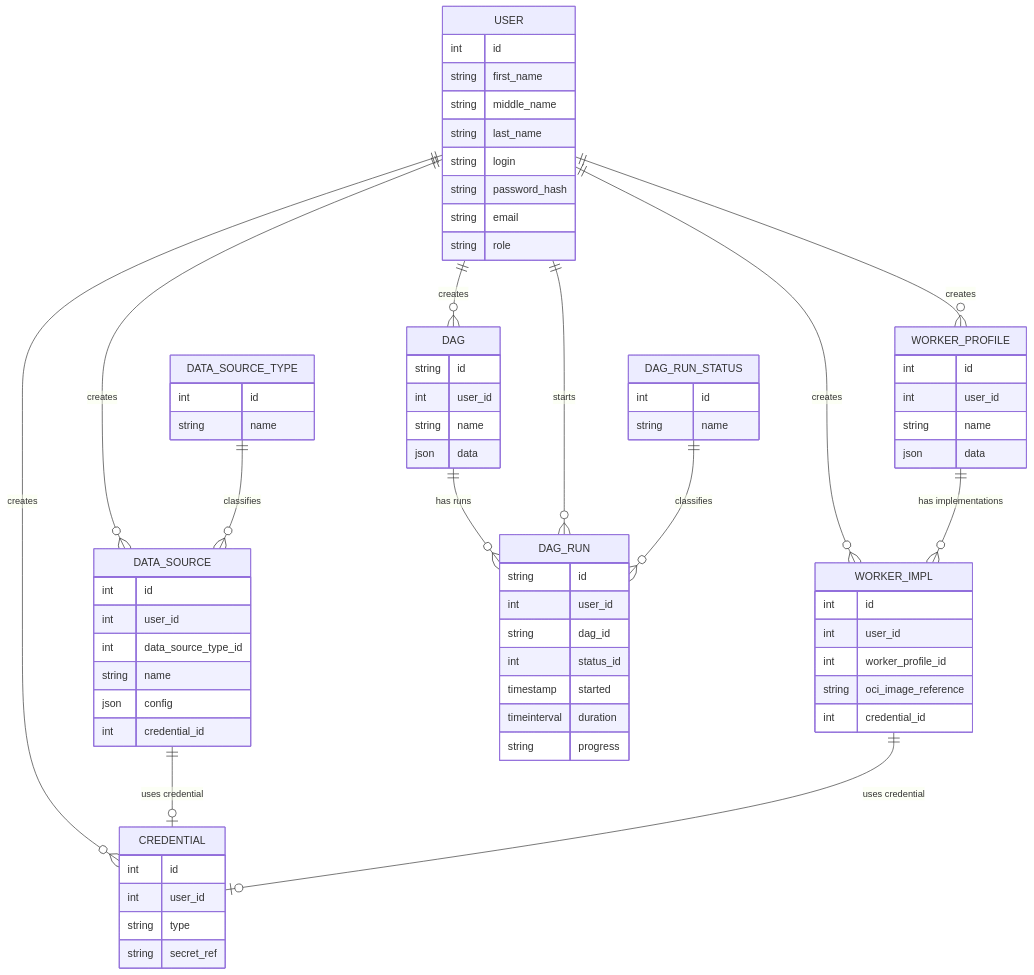
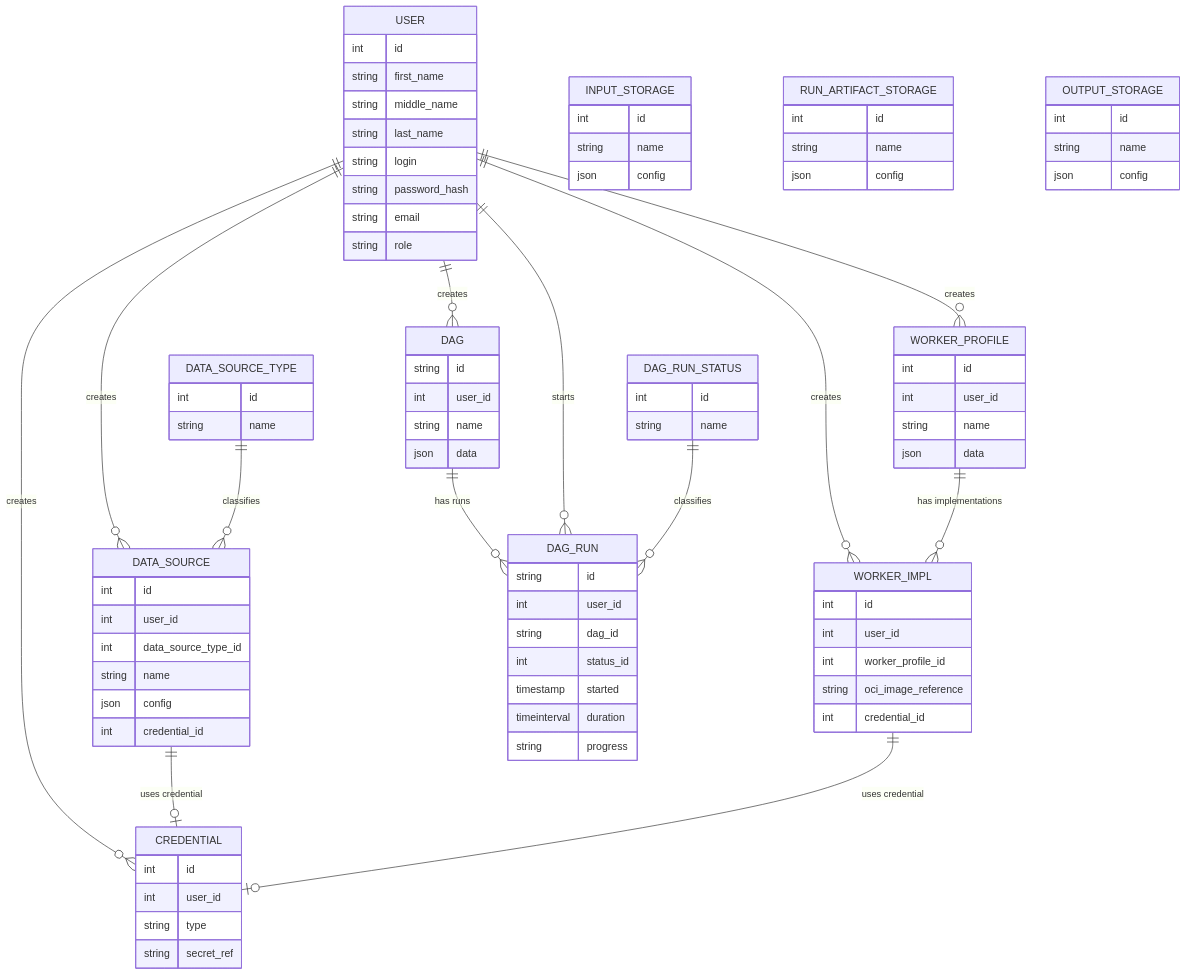
The eighth of 8 diagrams in mdds-docs/ARCHITECTURE.md (oleksiy-sayankin/mdds), drawn with Mermaid before and after one commit. The commit also changed other lines of this file, not shown here.

```diff
--- a/mdds-docs/ARCHITECTURE.md
+++ b/mdds-docs/ARCHITECTURE.md
@@ -1200,6 +1206,24 @@
         string name
     }
 
+    INPUT_STORAGE {
+        int id
+        string name
+        json config
+    }
+
+    RUN_ARTIFACT_STORAGE {
+        int id
+        string name
+        json config
+    }
+
+    OUTPUT_STORAGE {
+        int id
+        string name
+        json config
+    }
+
     USER ||--o{ DATA_SOURCE : creates
     USER ||--o{ CREDENTIAL : creates
     DATA_SOURCE_TYPE ||--o{ DATA_SOURCE : classifies
```
